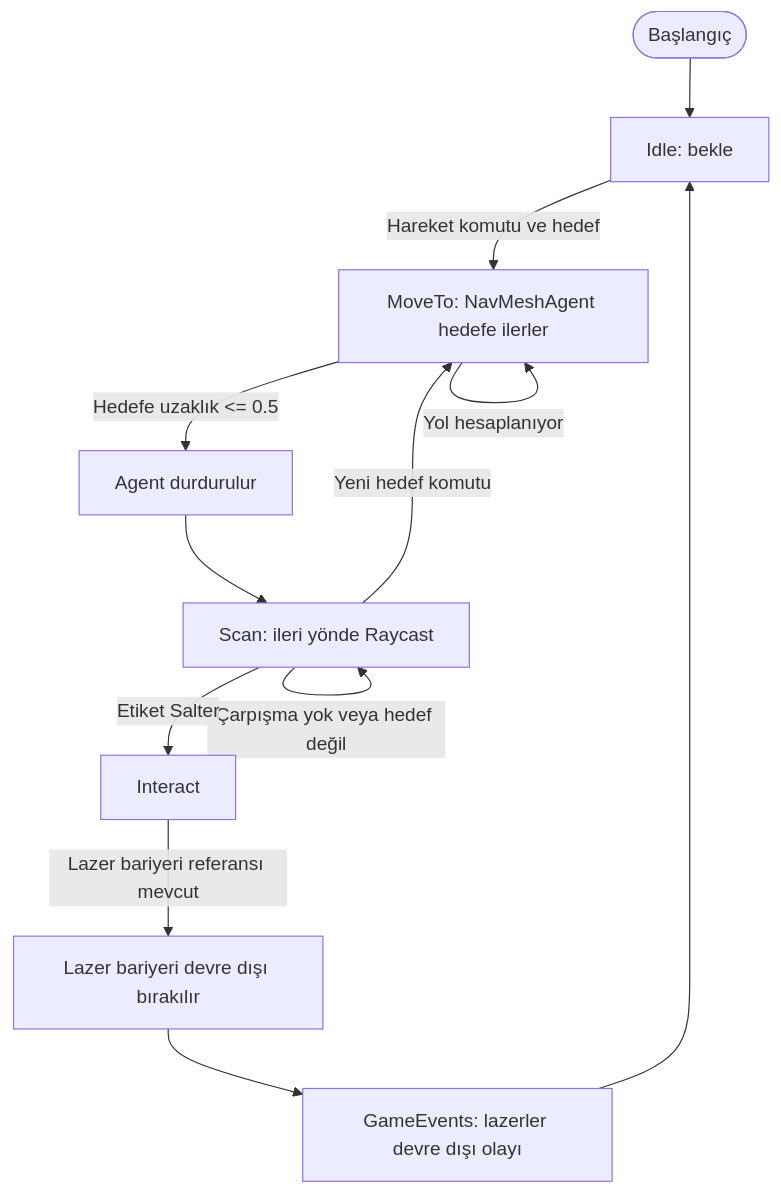
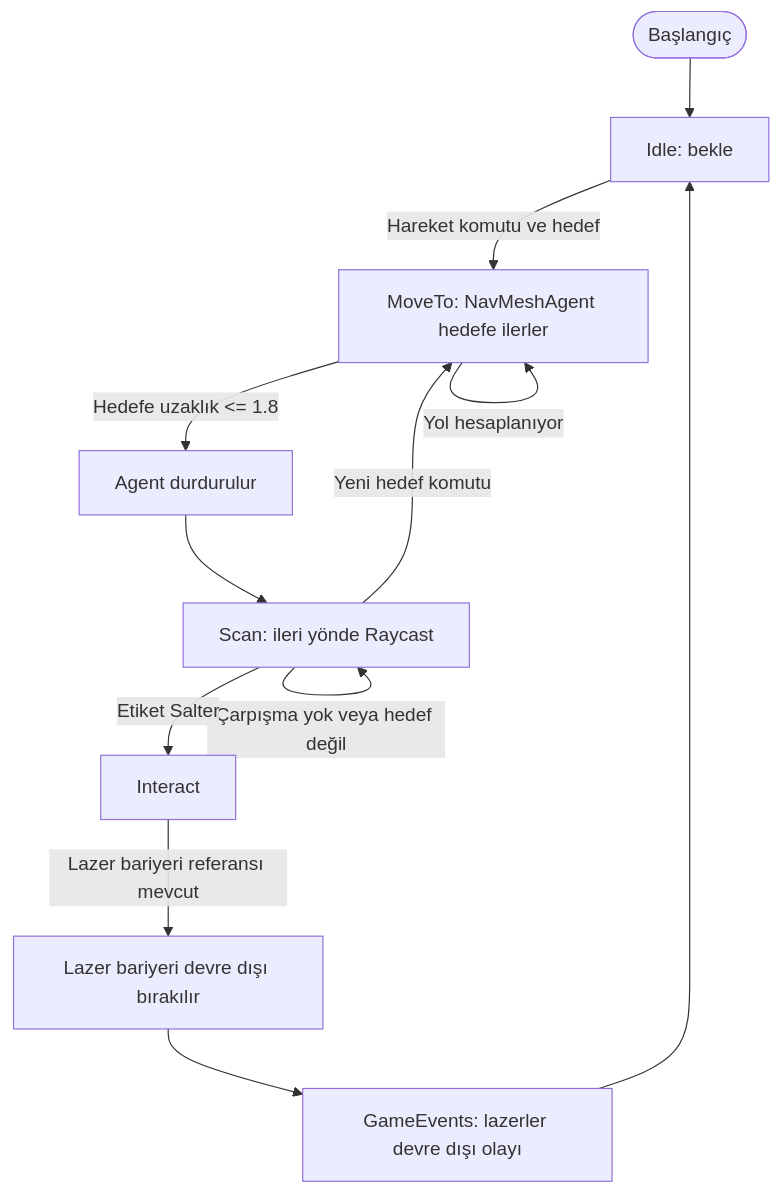
Before and after one commit to elifgngrn/Breakpoint-GameDev: the first of 2 diagrams in README.md, drawn with Mermaid. The commit also changed other lines of this file and 24 other files, not shown here.

````diff
--- a/README.md
+++ b/README.md
@@ -74,14 +76,14 @@
 ```mermaid
 graph TD
     A([Başlangıç]) --> B[Idle: bekle]
     B -->|Hareket komutu ve hedef| C[MoveTo: NavMeshAgent hedefe ilerler]
     C -->|Yol hesaplanıyor| C
-    C -->|Hedefe uzaklık <= 0.5| D[Agent durdurulur]
+    C -->|Hedefe uzaklık <= 1.8| D[Agent durdurulur]
     D --> E[Scan: ileri yönde Raycast]
     E -->|Çarpışma yok veya hedef değil| E
     E -->|Etiket Salter| F[Interact]
     F -->|Lazer bariyeri referansı mevcut| G[Lazer bariyeri devre dışı bırakılır]
     G --> H[GameEvents: lazerler devre dışı olayı]
     H --> B
     E -->|Yeni hedef komutu| C
 ```
````
